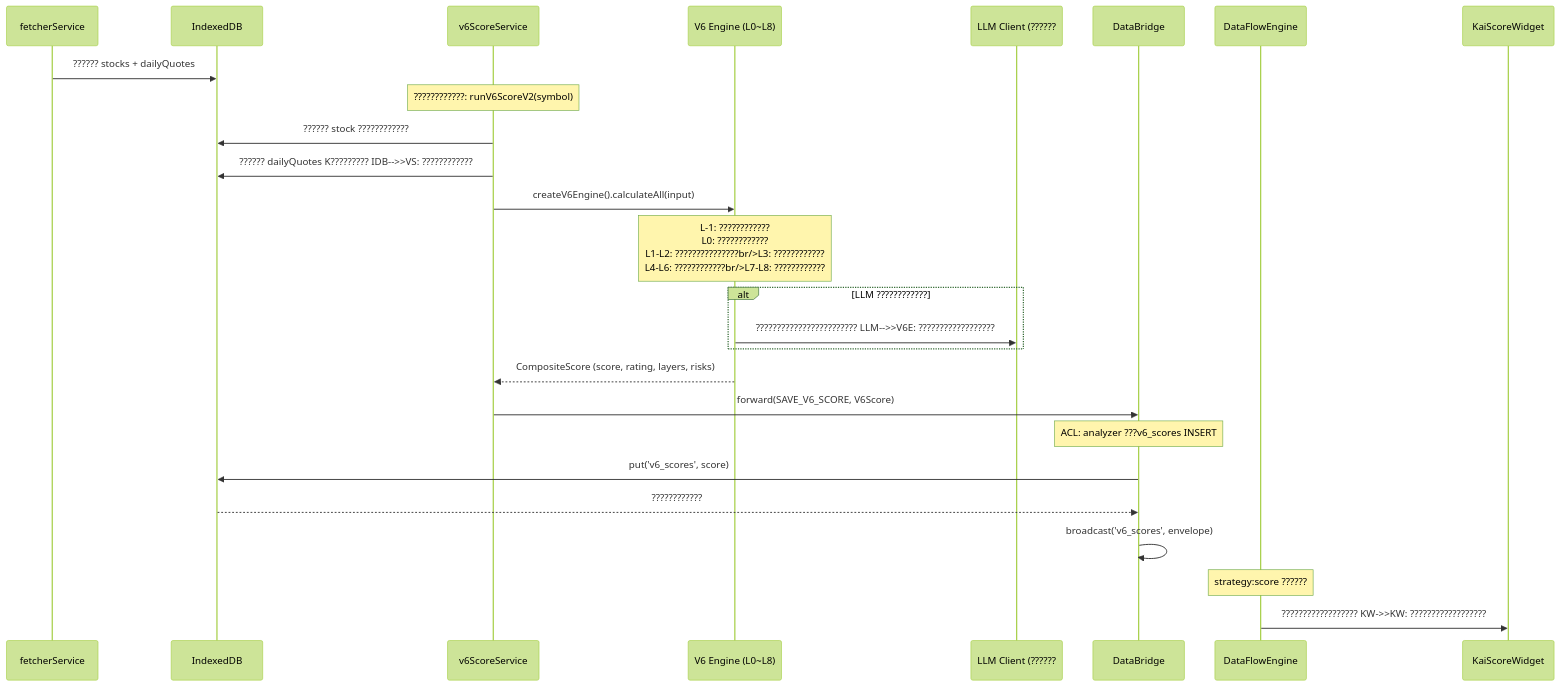
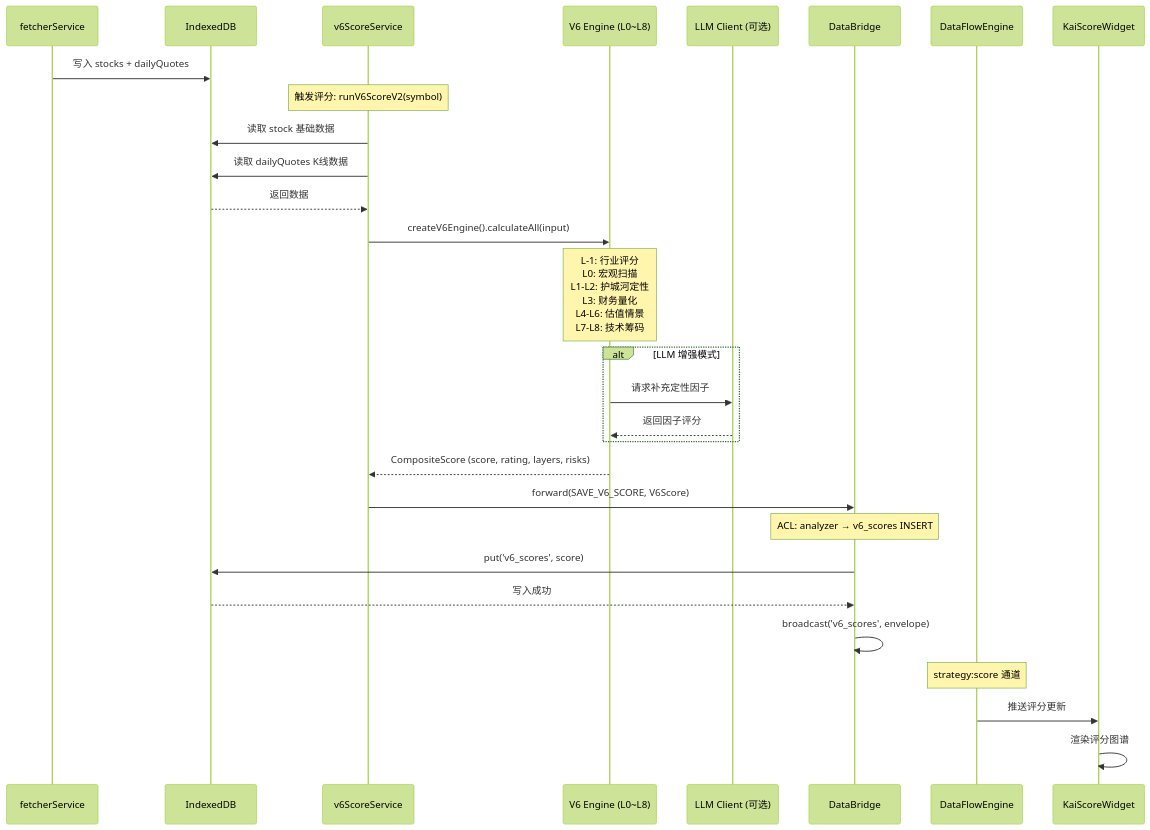
One commit to DHENGHONGYU/- changed the third of 7 diagrams in docs/reference/v9-数据血缘追踪.md. Above: the diagram before and after it, drawn with Mermaid (forest theme). The commit also changed other lines of this file and 849 other files, not shown here.

````diff
--- a/docs/reference/v9-数据血缘追踪.md
+++ b/docs/reference/v9-数据血缘追踪.md
@@ -420,35 +416,39 @@
 ```mermaid
 sequenceDiagram
     participant FS as fetcherService
     participant IDB as IndexedDB
     participant VS as v6ScoreService
     participant V6E as V6 Engine (L0~L8)
-    participant LLM as LLM Client (??????
+    participant LLM as LLM Client (可选)
     participant DB as DataBridge
     participant DFE as DataFlowEngine
     participant KW as KaiScoreWidget
 
-    FS->>IDB: ?????? stocks + dailyQuotes
-    Note over VS: ????????????: runV6ScoreV2(symbol)
+    FS->>IDB: 写入 stocks + dailyQuotes
+    Note over VS: 触发评分: runV6ScoreV2(symbol)
     
-    VS->>IDB: ?????? stock ????????????
-    VS->>IDB: ?????? dailyQuotes K?????????    IDB-->>VS: ????????????
+    VS->>IDB: 读取 stock 基础数据
+    VS->>IDB: 读取 dailyQuotes K线数据
+    IDB-->>VS: 返回数据
     
     VS->>V6E: createV6Engine().calculateAll(input)
-    Note over V6E: L-1: ????????????<br/>L0: ????????????<br/>L1-L2: ???????????????br/>L3: ????????????<br/>L4-L6: ????????????br/>L7-L8: ????????????    
-    alt LLM ????????????
-        V6E->>LLM: ????????????????????????        LLM-->>V6E: ??????????????????
+    Note over V6E: L-1: 行业评分<br/>L0: 宏观扫描<br/>L1-L2: 护城河定性<br/>L3: 财务量化<br/>L4-L6: 估值情景<br/>L7-L8: 技术筹码
+    
+    alt LLM 增强模式
+        V6E->>LLM: 请求补充定性因子
+        LLM-->>V6E: 返回因子评分
     end
     
     V6E-->>VS: CompositeScore (score, rating, layers, risks)
     
     VS->>DB: forward(SAVE_V6_SCORE, V6Score)
-    Note over DB: ACL: analyzer ???v6_scores INSERT
+    Note over DB: ACL: analyzer → v6_scores INSERT
     
     DB->>IDB: put('v6_scores', score)
-    IDB-->>DB: ????????????
+    IDB-->>DB: 写入成功
     DB->>DB: broadcast('v6_scores', envelope)
     
-    Note over DFE: strategy:score ??????
-    DFE->>KW: ??????????????????    KW->>KW: ??????????????????
+    Note over DFE: strategy:score 通道
+    DFE->>KW: 推送评分更新
+    KW->>KW: 渲染评分图谱
 ```
````
